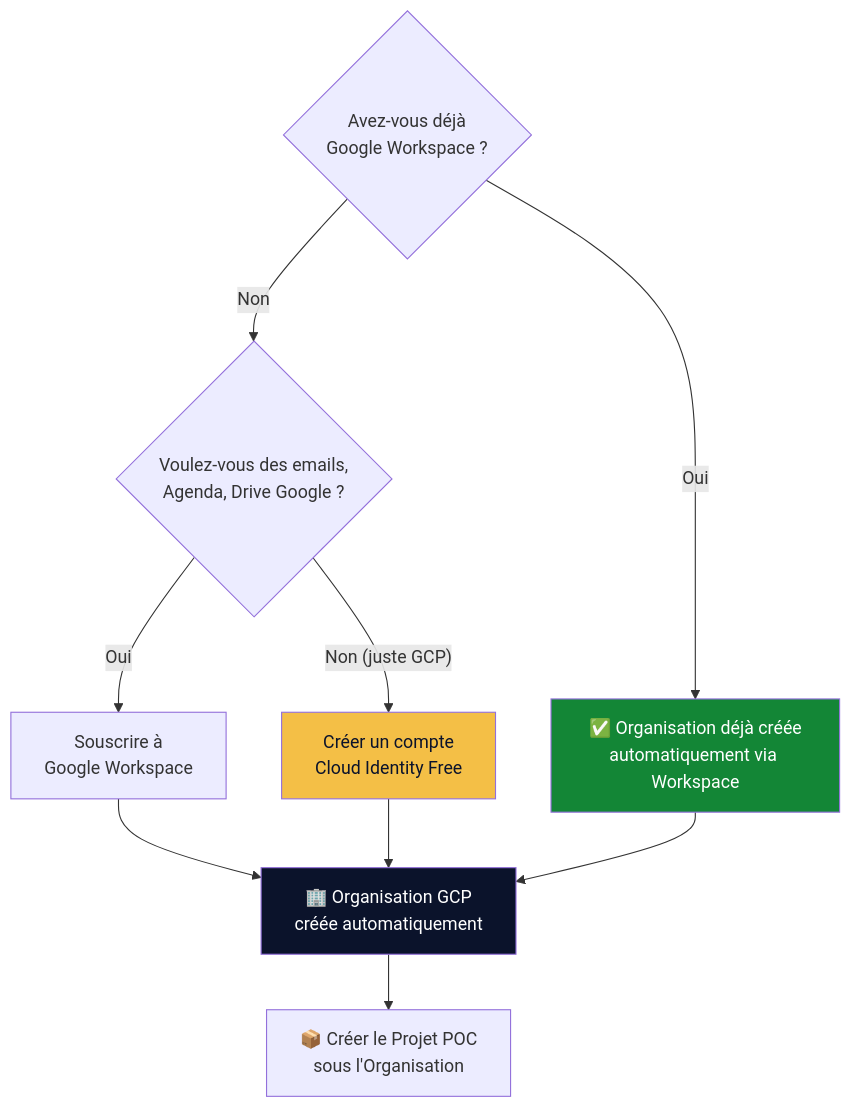
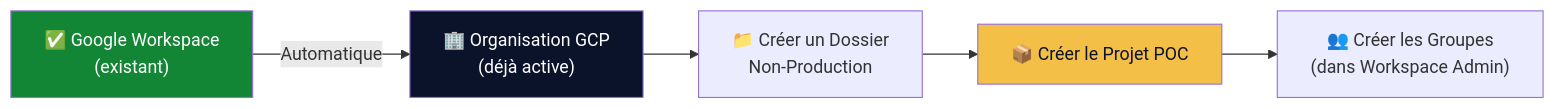
One commit to maxencenho-cloud/data-platform-runbook changed the second of 15 diagrams in docs/ATELIER_01_ARCHITECTURE.md. Above: the diagram before and after it, drawn with Mermaid. The commit also changed other lines of this file, not shown here.

Commit message:
docs: update GCP architecture documentation for existing Workspace environment, refine gitignore rules, and add presentation file.

````diff
--- a/docs/ATELIER_01_ARCHITECTURE.md
+++ b/docs/ATELIER_01_ARCHITECTURE.md
@@ -48,17 +48,11 @@
 ```mermaid
-flowchart TD
-    Q{"Avez-vous déjà<br/>Google Workspace ?"}
-    Q -->|"Oui"| WS["✅ Organisation déjà créée<br/>automatiquement via Workspace"]
-    Q -->|"Non"| Q2{"Voulez-vous des emails,<br/>Agenda, Drive Google ?"}
-    Q2 -->|"Oui"| GW["Souscrire à<br/>Google Workspace"]
-    Q2 -->|"Non (juste GCP)"| CI["Créer un compte<br/>Cloud Identity Free"]
+graph LR
+    GW["✅ Google Workspace<br/>(existant)"] -->|"Automatique"| ORG["🏢 Organisation GCP<br/>(déjà active)"]
+    ORG --> FOLDER["📁 Créer un Dossier<br/>Non-Production"]
+    FOLDER --> PROJ["📦 Créer le Projet POC"]
+    PROJ --> GROUPS["👥 Créer les Groupes<br/>(dans Workspace Admin)"]
     
-    GW --> ORG["🏢 Organisation GCP<br/>créée automatiquement"]
-    CI --> ORG
-    WS --> ORG
-    ORG --> PROJ["📦 Créer le Projet POC<br/>sous l'Organisation"]
-    
+    style GW fill:#138636,color:#fff
     style ORG fill:#0b132b,color:#fff
-    style CI fill:#F4BF46,color:#0b132b
-    style WS fill:#138636,color:#fff
+    style PROJ fill:#F4BF46,color:#0b132b
 ```
````
